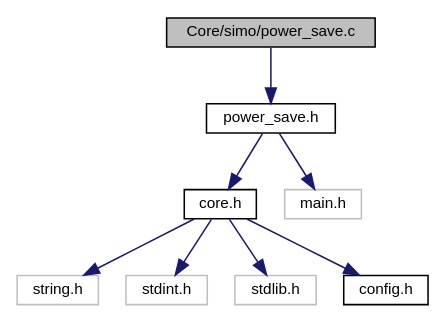
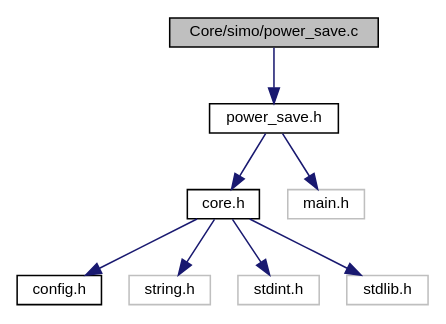
One commit to Germanvelardez2018/SIMO-STM32-framework changed the diagram in docs/power__save_8c__incl.dot. Above: the diagram before and after it, drawn with Graphviz. The commit also changed 166 other files, not shown here.

```diff
--- a/docs/power__save_8c__incl.dot
+++ b/docs/power__save_8c__incl.dot
@@ -1,21 +1,21 @@
 digraph "Core/simo/power_save.c"
 {
  // LATEX_PDF_SIZE
   edge [fontname="Helvetica",fontsize="10",labelfontname="Helvetica",labelfontsize="10"];
   node [fontname="Helvetica",fontsize="10",shape=record];
   Node1 [label="Core/simo/power_save.c",height=0.2,width=0.4,color="black", fillcolor="grey75", style="filled", fontcolor="black",tooltip="Implementacion del driver para el manejo de las funciones de power save."];
   Node1 -> Node2 [color="midnightblue",fontsize="10",style="solid",fontname="Helvetica"];
   Node2 [label="power_save.h",height=0.2,width=0.4,color="black", fillcolor="white", style="filled",URL="$power__save_8h.html",tooltip=" "];
   Node2 -> Node3 [color="midnightblue",fontsize="10",style="solid",fontname="Helvetica"];
   Node3 [label="core.h",height=0.2,width=0.4,color="black", fillcolor="white", style="filled",URL="$core_8h.html",tooltip=" "];
   Node3 -> Node4 [color="midnightblue",fontsize="10",style="solid",fontname="Helvetica"];
-  Node4 [label="string.h",height=0.2,width=0.4,color="grey75", fillcolor="white", style="filled",tooltip=" "];
+  Node4 [label="config.h",height=0.2,width=0.4,color="black", fillcolor="white", style="filled",URL="$config_8h.html",tooltip="Archivo para configurar el proyecto. Se basa en compilacion condicional y definiciones."];
   Node3 -> Node5 [color="midnightblue",fontsize="10",style="solid",fontname="Helvetica"];
-  Node5 [label="stdint.h",height=0.2,width=0.4,color="grey75", fillcolor="white", style="filled",tooltip=" "];
+  Node5 [label="string.h",height=0.2,width=0.4,color="grey75", fillcolor="white", style="filled",tooltip=" "];
   Node3 -> Node6 [color="midnightblue",fontsize="10",style="solid",fontname="Helvetica"];
-  Node6 [label="stdlib.h",height=0.2,width=0.4,color="grey75", fillcolor="white", style="filled",tooltip=" "];
+  Node6 [label="stdint.h",height=0.2,width=0.4,color="grey75", fillcolor="white", style="filled",tooltip=" "];
   Node3 -> Node7 [color="midnightblue",fontsize="10",style="solid",fontname="Helvetica"];
-  Node7 [label="config.h",height=0.2,width=0.4,color="black", fillcolor="white", style="filled",URL="$config_8h.html",tooltip=" "];
+  Node7 [label="stdlib.h",height=0.2,width=0.4,color="grey75", fillcolor="white", style="filled",tooltip=" "];
   Node2 -> Node8 [color="midnightblue",fontsize="10",style="solid",fontname="Helvetica"];
   Node8 [label="main.h",height=0.2,width=0.4,color="grey75", fillcolor="white", style="filled",tooltip=" "];
 }
```
